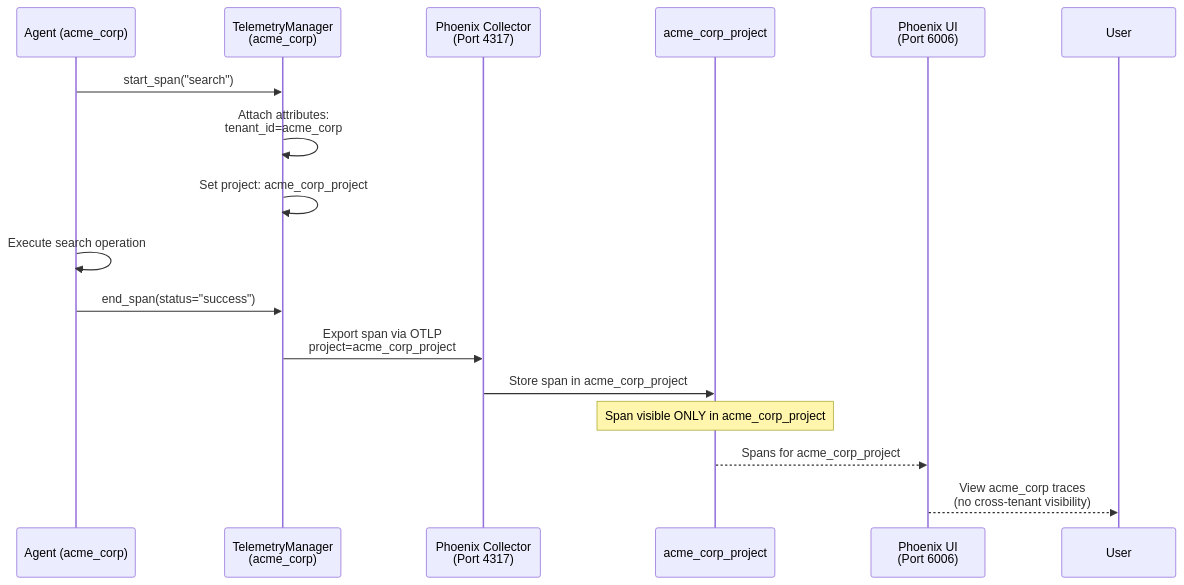
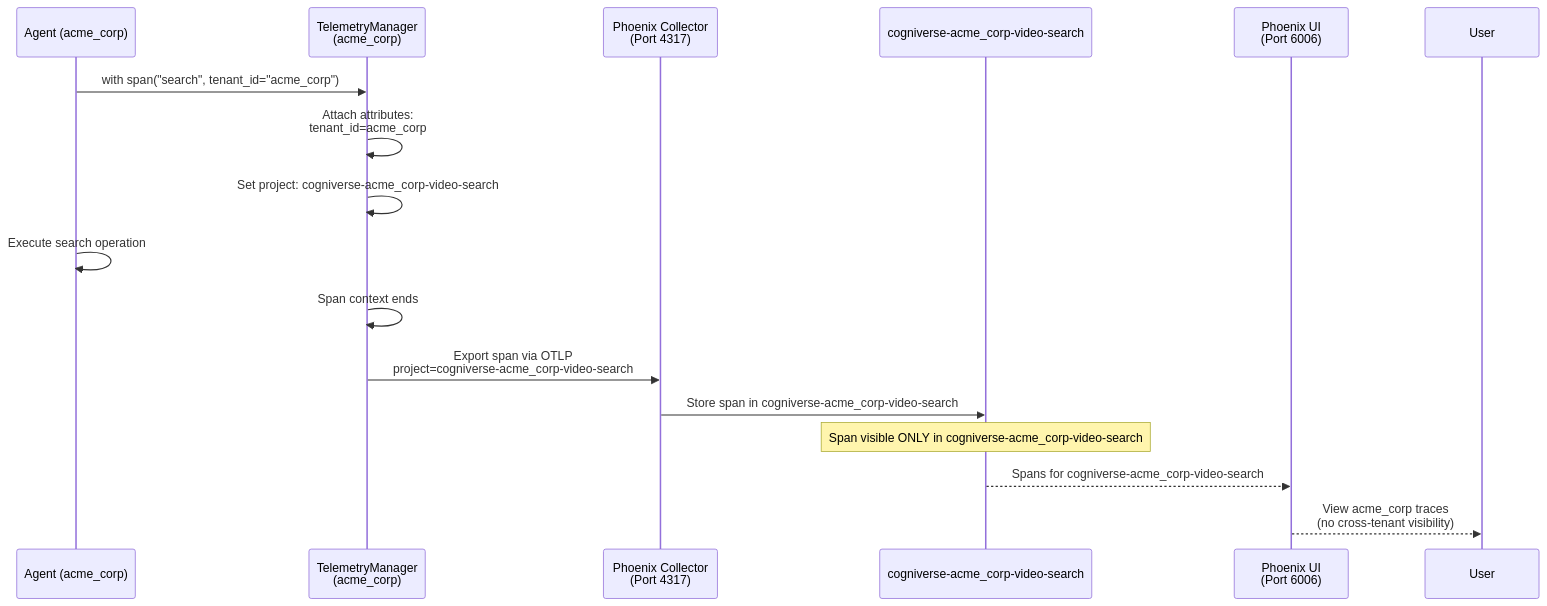
Before and after one commit to amit-jain/cogniverse: diagram 11 of 19 in docs/diagrams/multi-tenant-diagrams.md, drawn with Mermaid. The commit also changed other lines of this file and 83 other files, not shown here.

First line of the commit message:
Fix documentation veracity, formatting, and diagrams across all modules

````diff
--- a/docs/diagrams/multi-tenant-diagrams.md
+++ b/docs/diagrams/multi-tenant-diagrams.md
@@ -450,23 +482,23 @@
 ```mermaid
 sequenceDiagram
     participant AgentA as Agent (acme_corp)
     participant TelemetryA as TelemetryManager<br/>(acme_corp)
     participant Phoenix as Phoenix Collector<br/>(Port 4317)
-    participant ProjectA as acme_corp_project
+    participant ProjectA as cogniverse-acme_corp-video-search
     participant UI as Phoenix UI<br/>(Port 6006)
 
-    AgentA->>TelemetryA: start_span("search")
+    AgentA->>TelemetryA: with span("search", tenant_id="acme_corp")
     TelemetryA->>TelemetryA: Attach attributes:<br/>tenant_id=acme_corp
-    TelemetryA->>TelemetryA: Set project: acme_corp_project
+    TelemetryA->>TelemetryA: Set project: cogniverse-acme_corp-video-search
 
     AgentA->>AgentA: Execute search operation
 
-    AgentA->>TelemetryA: end_span(status="success")
-    TelemetryA->>Phoenix: Export span via OTLP<br/>project=acme_corp_project
-    Phoenix->>ProjectA: Store span in acme_corp_project
+    TelemetryA->>TelemetryA: Span context ends
+    TelemetryA->>Phoenix: Export span via OTLP<br/>project=cogniverse-acme_corp-video-search
+    Phoenix->>ProjectA: Store span in cogniverse-acme_corp-video-search
 
-    Note over ProjectA: Span visible ONLY in acme_corp_project
+    Note over ProjectA: Span visible ONLY in cogniverse-acme_corp-video-search
 
-    ProjectA-->>UI: Spans for acme_corp_project
+    ProjectA-->>UI: Spans for cogniverse-acme_corp-video-search
     UI-->>User: View acme_corp traces<br/>(no cross-tenant visibility)
 ```
````
